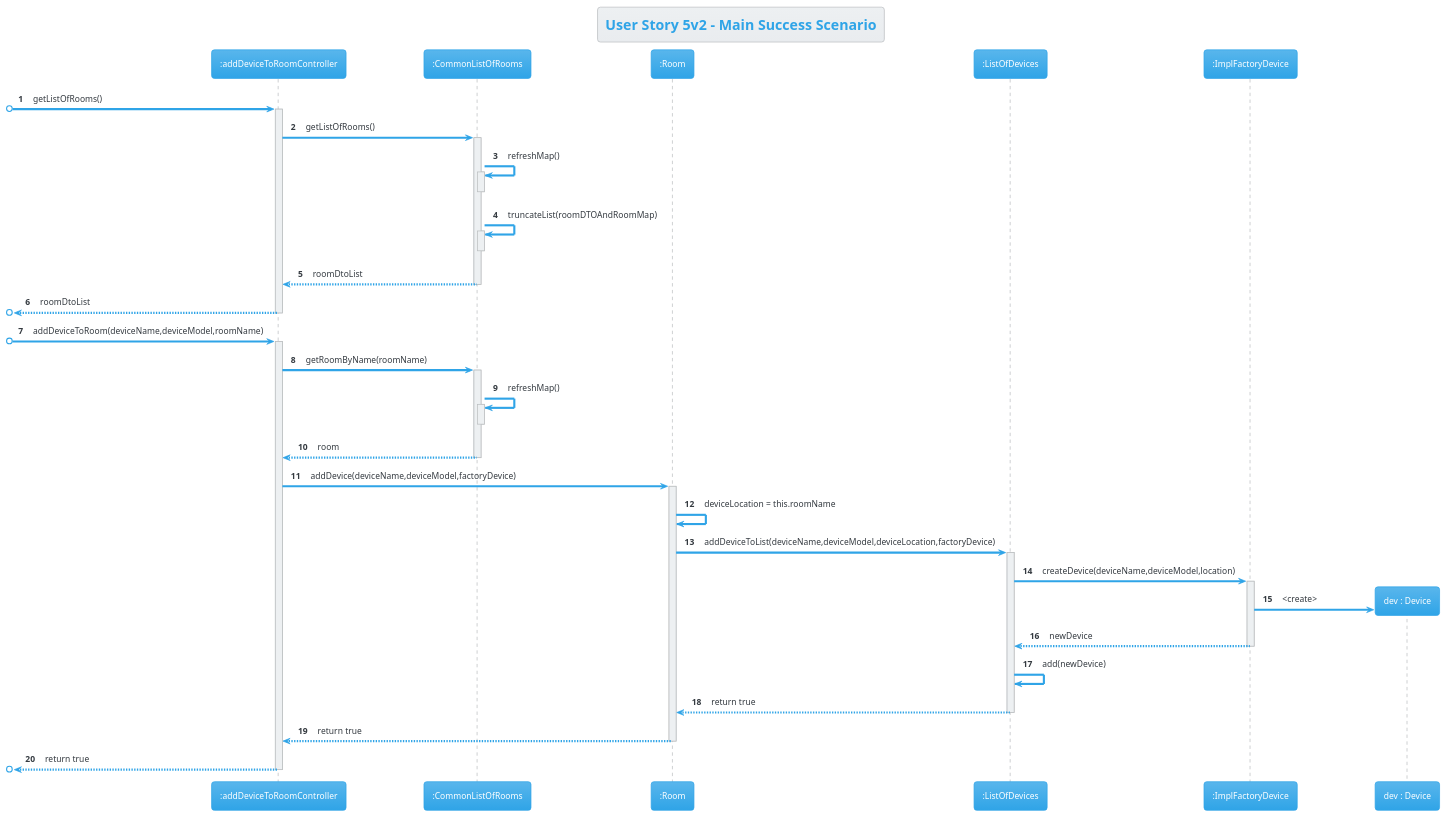
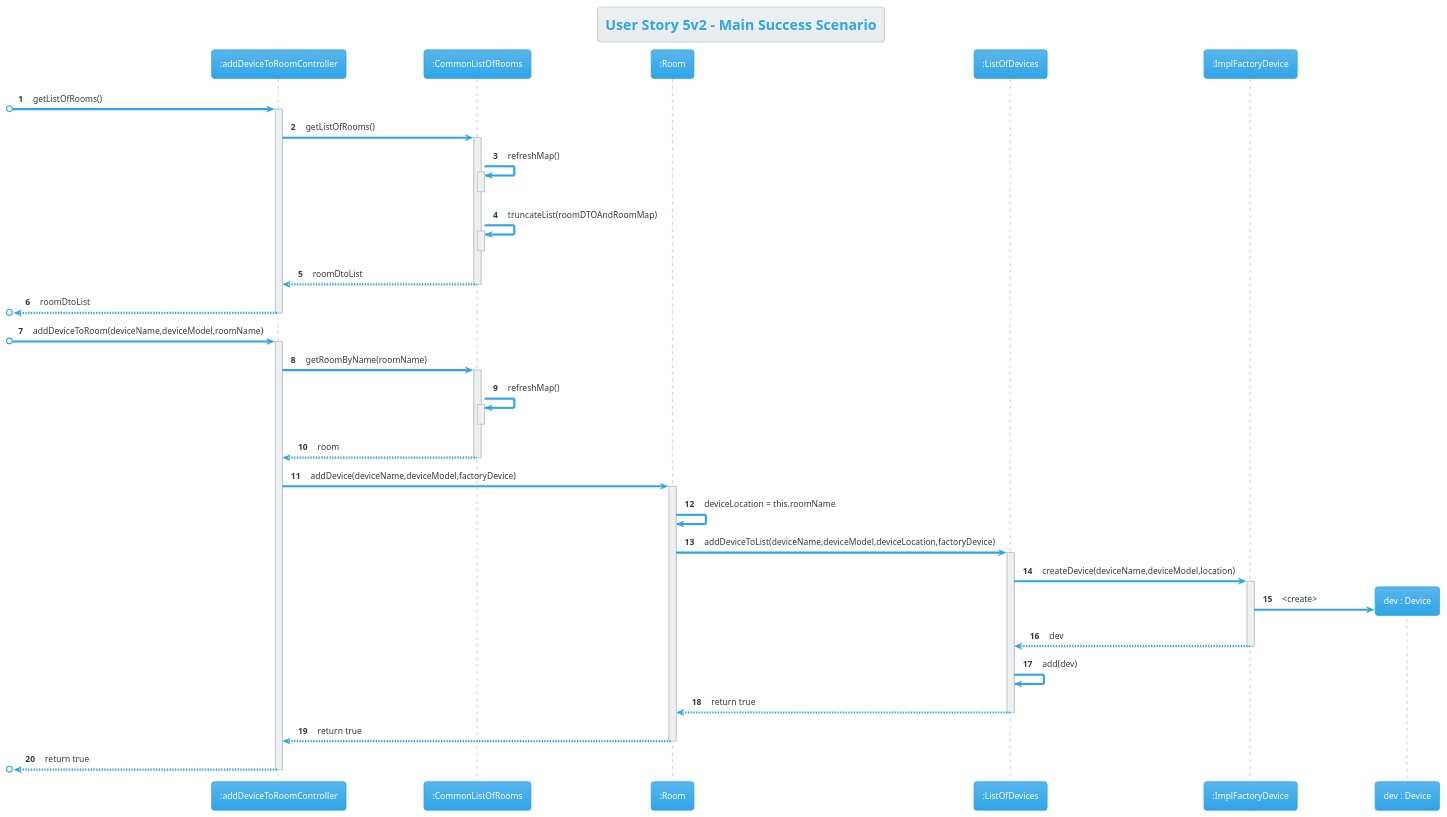
The diagram in Docs/US05/S3US05v2SequenceDiagram.puml (AfonsoNeves77/smartHouse), drawn with PlantUML before and after one commit. The commit also changed 3 other files, not shown here.

Commit message:
Team review (Minor corrections to class and sequence diagrams) (US1,US2,US5V2)

```diff
--- a/Docs/US05/S3US05v2SequenceDiagram.puml
+++ b/Docs/US05/S3US05v2SequenceDiagram.puml
@@ -1,58 +1,58 @@
 @startuml
 !theme cerulean
 skinparam ParticipantPadding 50
 autonumber
 title User Story 5v2 - Main Success Scenario
 
 participant ":addDeviceToRoomController" as C
 participant ":CommonListOfRooms" as CU
 participant ":Room" as R
 participant ":ListOfDevices" as LD
 participant ":ImplFactoryDevice" as FD
 participant "dev : Device" as D
 
 [o-> C : getListOfRooms()
 activate C
 C -> CU : getListOfRooms()
 activate CU
 CU -> CU : refreshMap()
 activate CU
 deactivate CU
 
 CU -> CU : truncateList(roomDTOAndRoomMap)
 activate CU
 deactivate CU
 CU --> C : roomDtoList
 deactivate CU
 [o<-- C : roomDtoList
 deactivate C
 
 
 [o-> C : addDeviceToRoom(deviceName,deviceModel,roomName)
 activate C
 C -> CU: getRoomByName(roomName)
 activate CU
 CU -> CU : refreshMap()
 activate CU
 deactivate CU
 CU --> C : room
 deactivate CU
 C -> R : addDevice(deviceName,deviceModel,factoryDevice)
 activate R
 R -> R : deviceLocation = this.roomName
 R -> LD : addDeviceToList(deviceName,deviceModel,deviceLocation,factoryDevice)
 activate LD
 LD -> FD : createDevice(deviceName,deviceModel,location)
 activate FD
 FD -> D **: <create>
-FD --> LD : newDevice
+FD --> LD : dev
 deactivate FD
-LD -> LD : add(newDevice)
+LD -> LD : add(dev)
 LD --> R : return true
 deactivate LD
 R --> C : return true
 deactivate R
 [o<-- C : return true
 deactivate C
 
 @enduml
```
